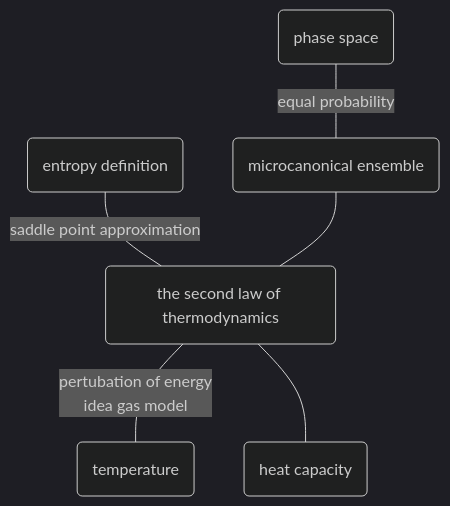
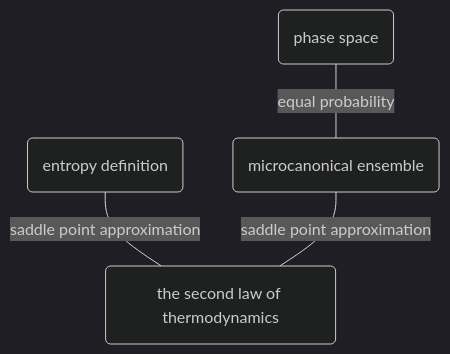
One commit to psichen/psichen.github.io changed the first of 2 diagrams in source/_drafts/statisti_mechanics.md. Above: the diagram before and after it, drawn with Mermaid (dark theme). The commit also changed other lines of this file and 3 other files, not shown here.

````diff
--- a/source/_drafts/statisti_mechanics.md
+++ b/source/_drafts/statisti_mechanics.md
@@ -6,28 +7,14 @@
 ``` mermaid
 flowchart TB
 
 %% OBJECTS====================
 phase_space(phase space)
 microcanonical(microcanonical ensemble)
 entropy(entropy definition)
 second_law(the second law of thermodynamics)
-temperature(temperature)
-heat_capacity(heat capacity)
-
-%% CALLBACK====================
-click phase_space href "./#phase-space" _self
-click microcanonical href "./#microcanonical-ensemble" _self
-click entropy href "./#entropy" _self
-click second_law href "./#the-second-law-of-thermodynamics" _self
-click temperature href "./#temperature" _self
-click heat_capacity href "./#heat-capaticty" _self
-
-click href "./#" _self
 
 %% RELATIONS====================
 phase_space --- |equal probability| microcanonical 
 entropy --- |saddle point approximation| second_law
-microcanonical --- second_law
-second_law ---  |pertubation of energy \n idea gas model| temperature
-second_law --- heat_capacity
+microcanonical --- |saddle point approximation| second_law
 ```
````
